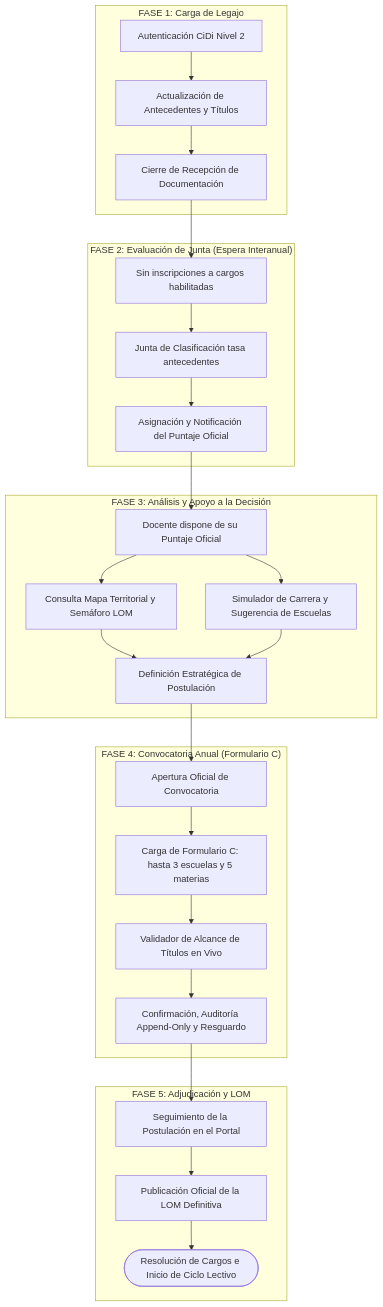
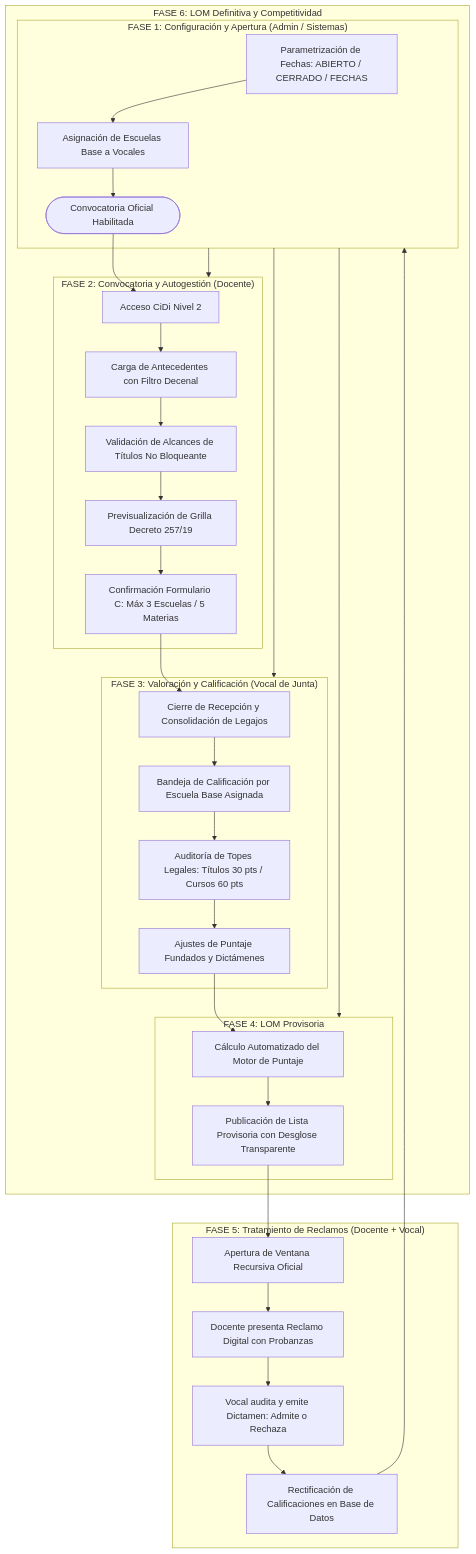
The first of 4 diagrams in Instancia 5 - Fin de Proyecto - G24.md (nicoSteffolani-UTN/GID-DOCUMENTACION), drawn with Mermaid before and after one commit. The commit also changed other lines of this file and 39 other files, not shown here.

````diff
--- a/Instancia 5 - Fin de Proyecto - G24.md
+++ b/Instancia 5 - Fin de Proyecto - G24.md
@@ -85,33 +88,41 @@
 ```mermaid
 flowchart TD
-    subgraph FASE1 ["FASE 1: Carga de Legajo"]
-        A[Autenticación CiDi Nivel 2] --> B[Actualización de Antecedentes y Títulos]
-        B --> C[Cierre de Recepción de Documentación]
+    subgraph F1 ["FASE 1: Configuración y Apertura (Admin / Sistemas)"]
+        A1[Parametrización de Fechas: ABIERTO / CERRADO / FECHAS] --> A2[Asignación de Escuelas Base a Vocales]
+        A2 --> A3([Convocatoria Oficial Habilitada])
     end
 
-    subgraph FASE2 ["FASE 2: Evaluación de Junta (Espera Interanual)"]
-        C --> D[Sin inscripciones a cargos habilitadas]
-        D --> E[Junta de Clasificación tasa antecedentes]
-        E --> F[Asignación y Notificación del Puntaje Oficial]
+    subgraph F2 ["FASE 2: Convocatoria y Autogestión (Docente)"]
+        A3 --> B1[Acceso CiDi Nivel 2]
+        B1 --> B2[Carga de Antecedentes con Filtro Decenal]
+        B2 --> B3[Validación de Alcances de Títulos No Bloqueante]
+        B3 --> B4[Previsualización de Grilla Decreto 257/19]
+        B4 --> B5[Confirmación Formulario C: Máx 3 Escuelas / 5 Materias]
     end
 
-    subgraph FASE3 ["FASE 3: Análisis y Apoyo a la Decisión"]
-        F --> G[Docente dispone de su Puntaje Oficial]
-        G --> H[Consulta Mapa Territorial y Semáforo LOM]
-        G --> I[Simulador de Carrera y Sugerencia de Escuelas]
-        H & I --> J[Definición Estratégica de Postulación]
+    subgraph F3 ["FASE 3: Valoración y Calificación (Vocal de Junta)"]
+        B5 --> C1[Cierre de Recepción y Consolidación de Legajos]
+        C1 --> C2[Bandeja de Calificación por Escuela Base Asignada]
+        C2 --> C3[Auditoría de Topes Legales: Títulos 30 pts / Cursos 60 pts]
+        C3 --> C4[Ajustes de Puntaje Fundados y Dictámenes]
     end
 
-    subgraph FASE4 ["FASE 4: Convocatoria Anual (Formulario C)"]
-        J --> K[Apertura Oficial de Convocatoria]
-        K --> L[Carga de Formulario C: hasta 3 escuelas y 5 materias]
-        L --> M[Validador de Alcance de Títulos en Vivo]
-        M --> N[Confirmación, Auditoría Append-Only y Resguardo]
+    subgraph F4 ["FASE 4: LOM Provisoria"]
+        C4 --> D1[Cálculo Automatizado del Motor de Puntaje]
+        D1 --> D2[Publicación de Lista Provisoria con Desglose Transparente]
     end
 
-    subgraph FASE5 ["FASE 5: Adjudicación y LOM"]
-        N --> O[Seguimiento de la Postulación en el Portal]
-        O --> P[Publicación Oficial de la LOM Definitiva]
-        P --> Q([Resolución de Cargos e Inicio de Ciclo Lectivo])
+    subgraph F5 ["FASE 5: Tratamiento de Reclamos (Docente + Vocal)"]
+        D2 --> E1[Apertura de Ventana Recursiva Oficial]
+        E1 --> E2[Docente presenta Reclamo Digital con Probanzas]
+        E2 --> E3[Vocal audita y emite Dictamen: Admite o Rechaza]
+        E3 --> E4[Rectificación de Calificaciones en Base de Datos]
+    end
+
+    subgraph F6 ["FASE 6: LOM Definitiva y Competitividad"]
+        E4 --> F1[Emisión Oficial de la LOM Definitiva Vinculante]
+        F1 --> F2[Acceso a «Mis Puntajes»: Percentiles Departamentales k>=10]
+        F1 --> F3[Visualización del Ranking Escolar: 12 Primeros Puestos]
+        F1 --> F4([Asambleas Docentes y Toma de Posesión de Cargos])
     end
 ```
````
